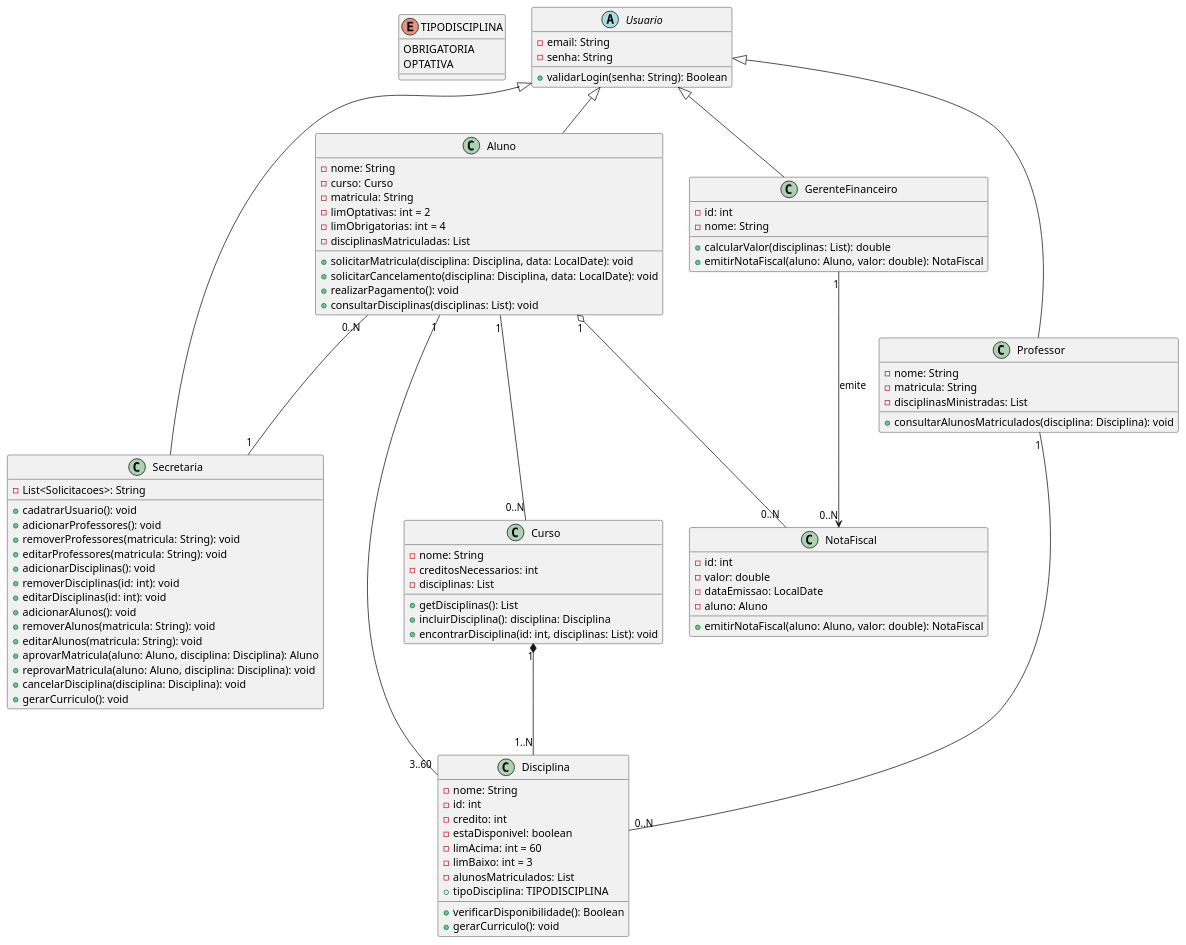
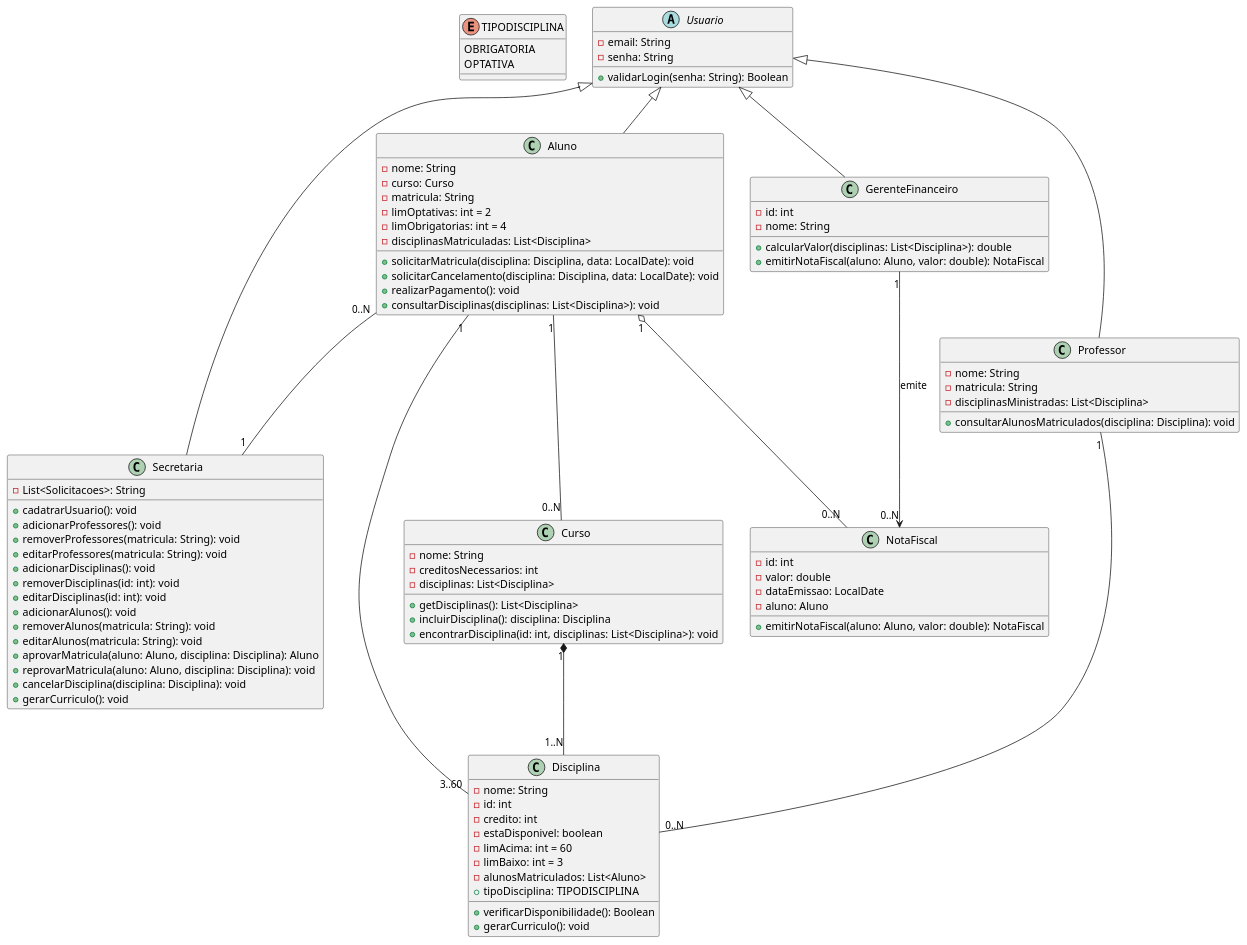
The diagram in code/diagramaClasses.md (devglucas/lab_dev_01), drawn with PlantUML before and after one commit.

Commit message:
definindo as listas

```diff
--- a/code/diagramaClasses.md
+++ b/code/diagramaClasses.md
@@ -16,17 +16,17 @@
     - matricula: String
     -limOptativas: int = 2
     -limObrigatorias: int = 4
-    - disciplinasMatriculadas: List
+    - disciplinasMatriculadas: List<Disciplina>
     + solicitarMatricula(disciplina: Disciplina, data: LocalDate): void
     + solicitarCancelamento(disciplina: Disciplina, data: LocalDate): void
     + realizarPagamento(): void
-    + consultarDisciplinas(disciplinas: List): void
+    + consultarDisciplinas(disciplinas: List<Disciplina>): void
 }
 
 class Professor {
     - nome: String
     - matricula: String
-    - disciplinasMinistradas: List
+    - disciplinasMinistradas: List<Disciplina>
     + consultarAlunosMatriculados(disciplina: Disciplina): void
 }
 
@@ -51,7 +51,7 @@
 class GerenteFinanceiro {
     -id: int
     -nome: String
-    + calcularValor(disciplinas: List): double
+    + calcularValor(disciplinas: List<Disciplina>): double
     + emitirNotaFiscal(aluno: Aluno, valor: double): NotaFiscal
 }
 
@@ -62,7 +62,7 @@
     - estaDisponivel: boolean
     - limAcima: int = 60
     - limBaixo: int = 3
-    - alunosMatriculados: List
+    - alunosMatriculados: List<Aluno>
     + tipoDisciplina: TIPODISCIPLINA
     + verificarDisponibilidade(): Boolean
     + gerarCurriculo(): void
@@ -71,10 +71,10 @@
 class Curso {
     - nome: String
     - creditosNecessarios: int
-    - disciplinas: List
-    + getDisciplinas(): List
+    - disciplinas: List<Disciplina>
+    + getDisciplinas(): List<Disciplina>
     + incluirDisciplina(): disciplina: Disciplina
-    + encontrarDisciplina(id: int, disciplinas: List): void
+    + encontrarDisciplina(id: int, disciplinas: List<Disciplina>): void
 }
 
 class NotaFiscal {
```
